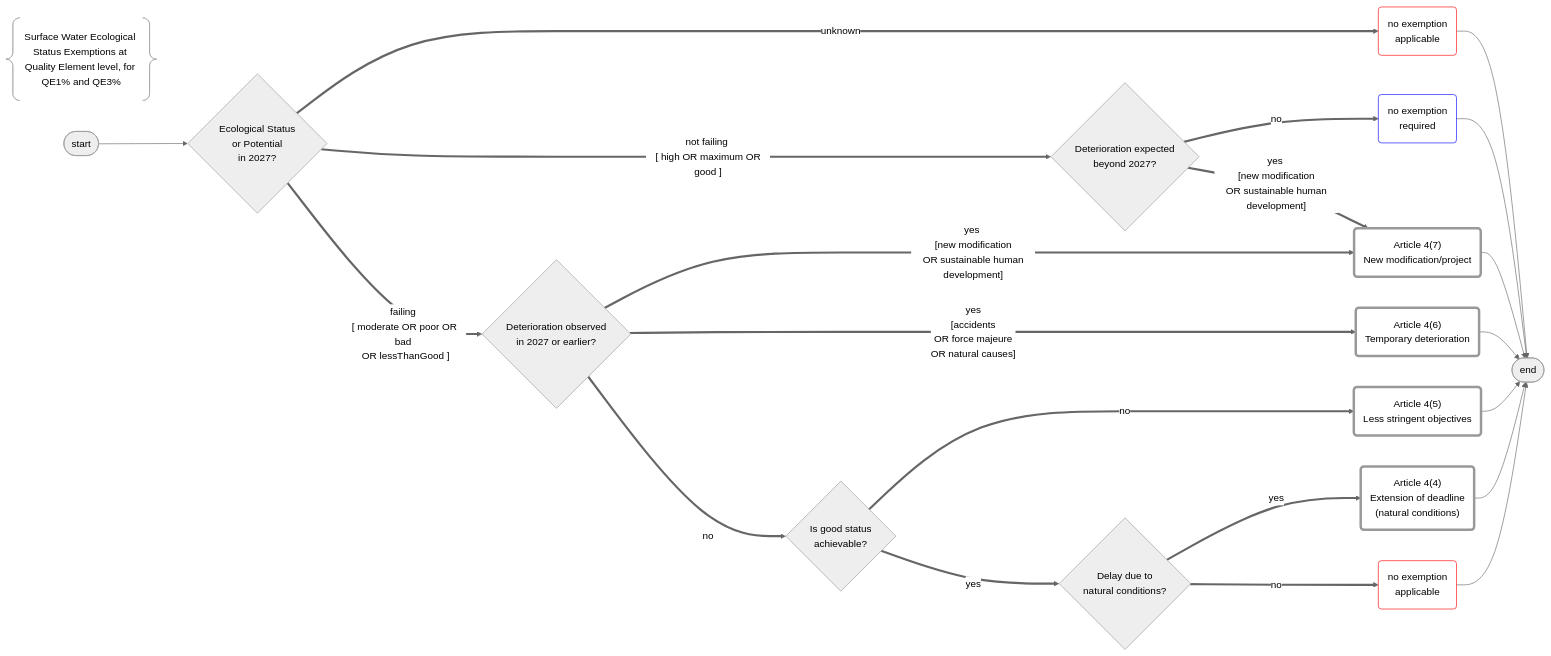
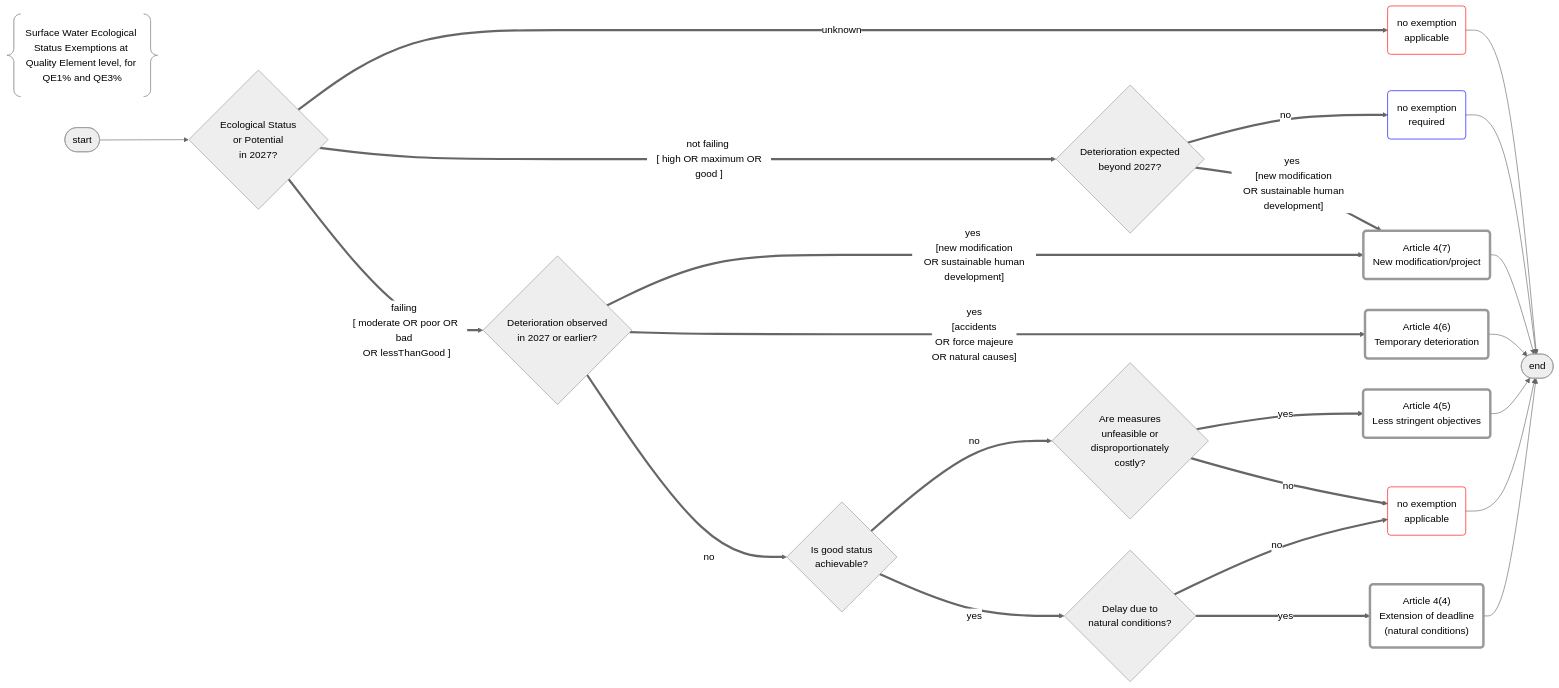
The diagram in docs/DataModelReview/mmd/EcologicalExemption_Flowchart.mmd (eeadata/WISE.WFD.Documentation), drawn with Mermaid before and after one commit. The commit also changed 3 other files, not shown here.

Commit message:
WFD Exemptions: clarification of the flowcharts, correction of codelist and typos, as per JM feedback 20 April 2026 16:06

```diff
--- a/docs/DataModelReview/mmd/EcologicalExemption_Flowchart.mmd
+++ b/docs/DataModelReview/mmd/EcologicalExemption_Flowchart.mmd
@@ -1,74 +1,74 @@
 %%{init: {'theme': 'neutral'}}%%
 
 flowchart LR
 
 %% Ecological Status Exemptions - Quality Elements
 title@{ shape: braces, label: "Surface Water Ecological Status Exemptions at Quality Element level, for QE1% and QE3%" }
 
 %% Defining the nodes
 		
 initial([start])
 final([end])
 
 %% duplicate nodes for just for flowchart readability
 hasNoApplicableExemption_1("no exemption \n applicable"):::stateRed
 hasNoApplicableExemption_2("no exemption \n required"):::stateBlue
 hasNoApplicableExemption_3("no exemption \n applicable"):::stateRed
 
 hasExemption44n("Article 4(4) \n Extension of deadline \n (natural conditions)"):::state
 hasExemption45("Article 4(5) \n Less stringent objectives"):::state
 hasExemption46("Article 4(6) \n Temporary deterioration"):::state
 hasExemption47("Article 4(7) \n New modification/project"):::state
 
 %% Defining the decisions
 
 isStatusIn2027{"Ecological Status \n or Potential \n in 2027?"}
 isDeteriorationExpected{"Deterioration expected \n beyond 2027?"}
 isDeteriorationObserved{"Deterioration observed \n in 2027 or earlier?"}
 isGoodStatusAchievable{"Is good status \n achievable?"}
+isUnfeasibleOrCostly{"Are measures \n unfeasible or \n disproportionately \n costly?"}
 isDelayDueToNaturalConditions{"Delay due to \n natural conditions?"}
 
 %% Flow to TERMINATORS
 
 initial --> isStatusIn2027
 hasNoApplicableExemption_1 --> final
 hasNoApplicableExemption_2 --> final
 hasNoApplicableExemption_3 --> final
 hasExemption47 --> final 
 hasExemption46 --> final 
 hasExemption45 --> final 
 hasExemption44n --> final 
 
 %% THE IMPORTANT PART STARTS HERE
 
     %% NO EXEMPTION POSSIBLE - If the status is unknown, then exemptions cannot be reported
     isStatusIn2027 ==>|"unknown"|hasNoApplicableExemption_1
 
     %% NO EXEMPTION NEEDED - if the status is not failing and no deterioration is expected, then no exemption is needed
     isStatusIn2027 ==>|"not failing \n [ high OR maximum OR good ]"|isDeteriorationExpected
     isDeteriorationExpected ==>|no|hasNoApplicableExemption_2
 
     %% ARTICLE 4(7) - DETERIORATION DUE TO NEW MODIFICATION OR PROJECT
     isDeteriorationExpected ==>|"yes \n [new modification \n OR sustainable human development]"|hasExemption47
         
     %% ARTICLE 4(6) - DETERIORATION DUE TO ACCIDENTS OR FORCE MAJEURE OR NATURAL CAUSES
     isStatusIn2027 ==>|"failing \n [ moderate OR poor OR bad \n OR lessThanGood ]"|isDeteriorationObserved
     isDeteriorationObserved ==>|"yes \n [new modification \n OR sustainable human development]"|hasExemption47
     isDeteriorationObserved ==>|"yes \n [accidents  \n OR force majeure  \n OR natural causes]"|hasExemption46
     isDeteriorationObserved ==>|no|isGoodStatusAchievable
 
     %% ARTICLE 4(5) - LESS STRINGENT OBJECTIVES
-    isGoodStatusAchievable ==>|no|hasExemption45
+    isGoodStatusAchievable ==>|no|isUnfeasibleOrCostly
+    isUnfeasibleOrCostly ==> |yes|hasExemption45
+    isUnfeasibleOrCostly ==> |no|hasNoApplicableExemption_3
 
     %% ARTICLE 4(4) EXTENSION OF DEADLINE - NATURAL CONDITIONS
     isGoodStatusAchievable ==>|yes|isDelayDueToNaturalConditions
-            
-    isDelayDueToNaturalConditions ==>|yes|hasExemption44n
-            
-    %% ARTICLE 4(5) EXTENSION OF DEADLINE - FEASIBILITY OR COST - NO EXEMPTION POSSIBLE
     isDelayDueToNaturalConditions ==>|no|hasNoApplicableExemption_3
-
+    isDelayDueToNaturalConditions ==>|yes|hasExemption44n           
+    
 %% styling
 classDef state stroke-width:4px,fill:transparent
 classDef stateRed stroke:red,fill:transparent
 classDef stateBlue stroke:blue,fill:transparent
```
